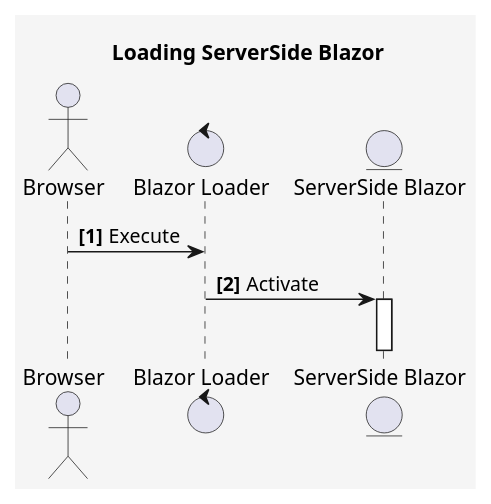
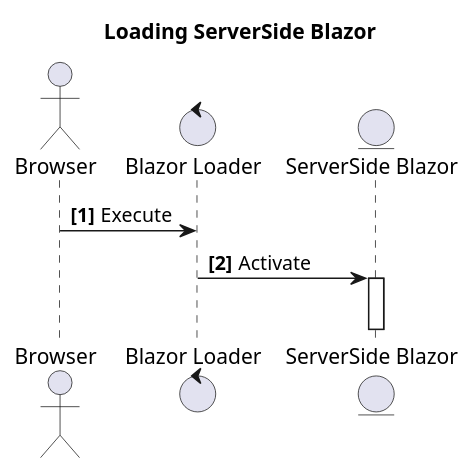
The diagram in doc/diagrams/LoadingServerSideBlazor.puml (isc30/instant-blazor), drawn with PlantUML before and after one commit. The commit also changed 3 other files, not shown here.

Commit message:
fix diagrams

```diff
--- a/doc/diagrams/LoadingServerSideBlazor.puml
+++ b/doc/diagrams/LoadingServerSideBlazor.puml
@@ -1,18 +1,17 @@
 @startuml
 
 title Loading ServerSide Blazor
 
 skinparam componentStyle uml2
-skinparam backgroundColor WhiteSmoke
 autonumber "<b>[0]"
 
 actor Browser
 control "Blazor Loader" as Loader
 entity "ServerSide Blazor" as BlazorServerSide
 
 Browser -> Loader : Execute
 Loader -> BlazorServerSide : Activate
 activate BlazorServerSide
 |||
 
 @enduml
```
